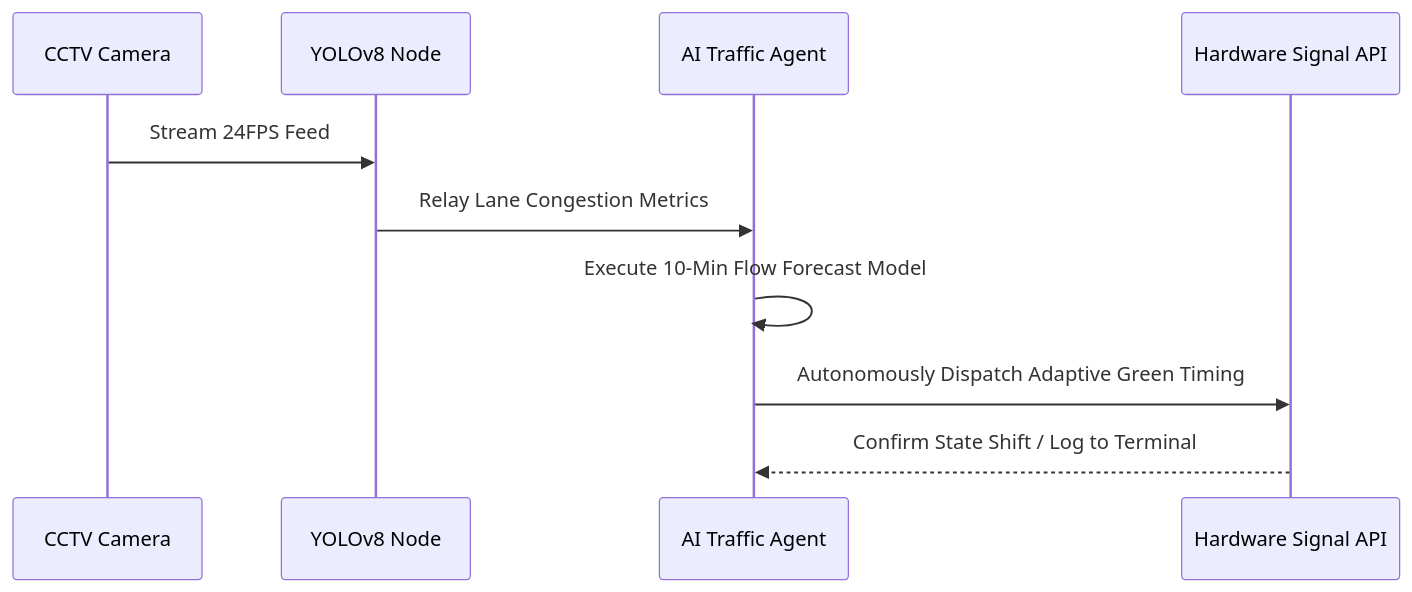
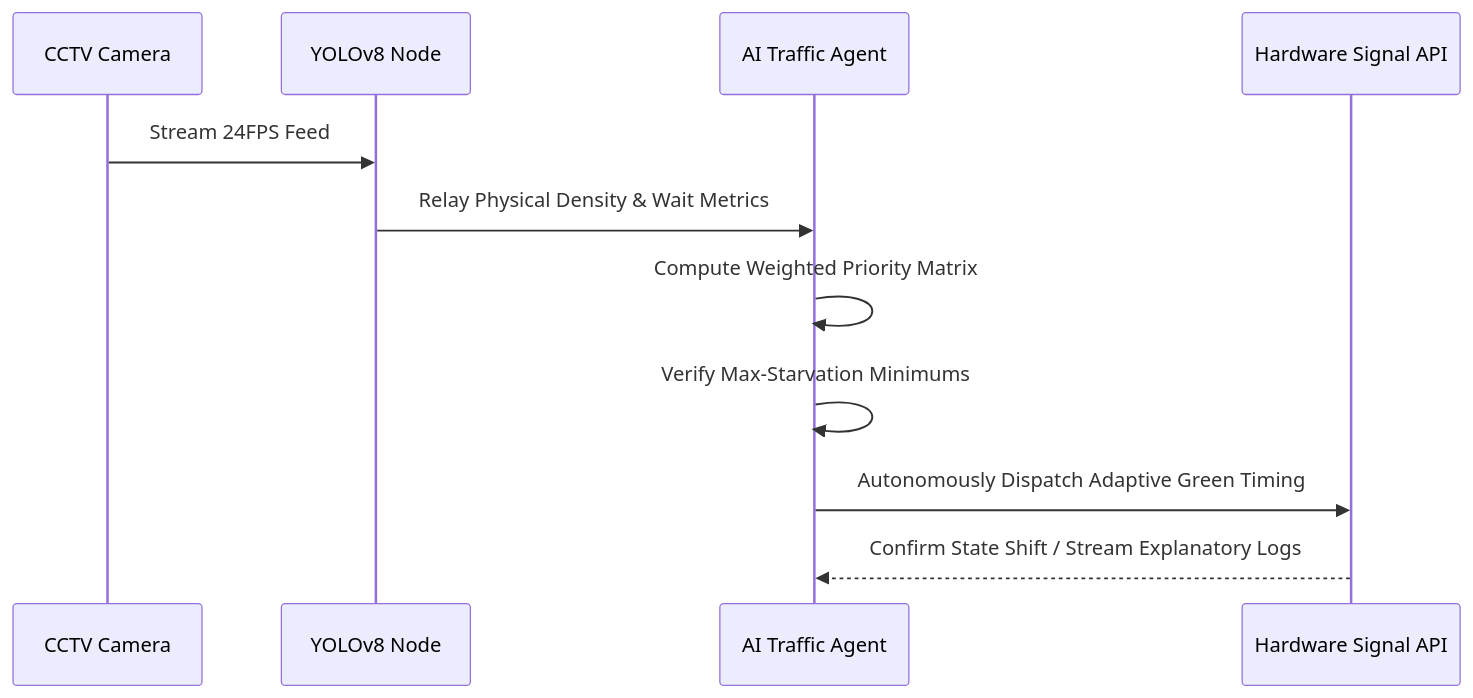
One commit to vaishnavi-ctrl-jpg/SIGNAL-X changed the second of 2 diagrams in README.md. Above: the diagram before and after it, drawn with Mermaid. The commit also changed other lines of this file, not shown here.

Commit message:
update project architecture

````diff
--- a/README.md
+++ b/README.md
@@ -35,12 +35,13 @@
 ```mermaid
 sequenceDiagram
     participant Cam as CCTV Camera
     participant Vision as YOLOv8 Node
     participant Agent as AI Traffic Agent
     participant Sig as Hardware Signal API
     Cam->>Vision: Stream 24FPS Feed
-    Vision->>Agent: Relay Lane Congestion Metrics
-    Agent->>Agent: Execute 10-Min Flow Forecast Model
+    Vision->>Agent: Relay Physical Density & Wait Metrics
+    Agent->>Agent: Compute Weighted Priority Matrix
+    Agent->>Agent: Verify Max-Starvation Minimums
     Agent->>Sig: Autonomously Dispatch Adaptive Green Timing
-    Sig-->>Agent: Confirm State Shift / Log to Terminal
+    Sig-->>Agent: Confirm State Shift / Stream Explanatory Logs
 ```
````
